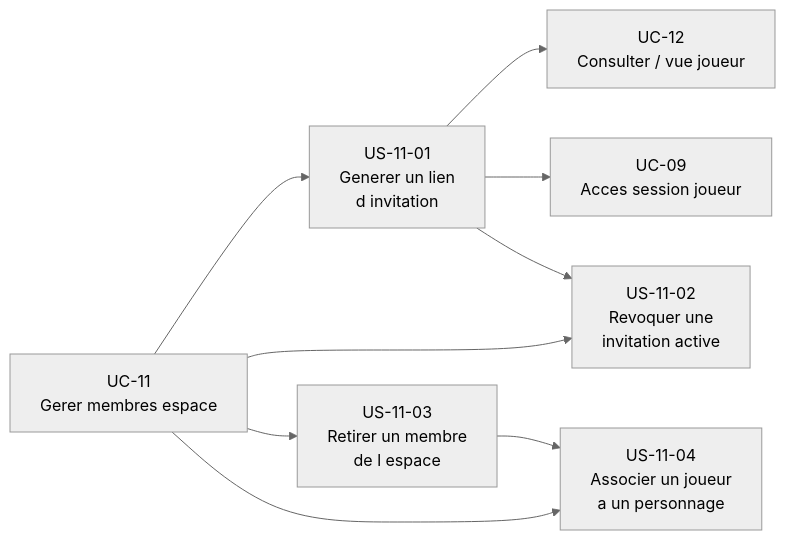
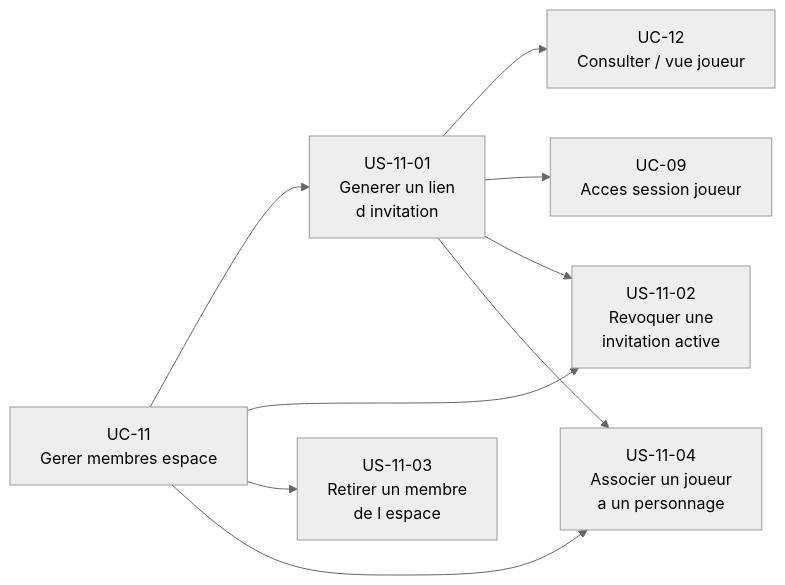
The second of 2 diagrams in docs/besoin/stories/US-UC-11-gerer-membres-espace-partage.md (2025-10-CDA-ECO-P6/PM-micro-saas), drawn with Mermaid (neutral theme) before and after one commit. The commit also changed 10 other files, not shown here.

First line of the commit message:
docs(stories): aligne les diagrammes des stories sur leurs règles et dépendances

````diff
--- a/docs/besoin/stories/US-UC-11-gerer-membres-espace-partage.md
+++ b/docs/besoin/stories/US-UC-11-gerer-membres-espace-partage.md
@@ -85,21 +85,21 @@
 ```mermaid
 flowchart LR
     US1101[US-11-01\nGenerer un lien\nd invitation]
     US1102[US-11-02\nRevoquer une\ninvitation active]
     US1103[US-11-03\nRetirer un membre\nde l espace]
     US1104[US-11-04\nAssocier un joueur\na un personnage]
 
     UC11[UC-11\nGerer membres espace]
     UC09[UC-09\nAcces session joueur]
     UC12[UC-12\nConsulter / vue joueur]
 
     UC11 --> US1101
     UC11 --> US1102
     UC11 --> US1103
     UC11 --> US1104
 
     US1101 --> UC12
     US1101 --> UC09
     US1101 --> US1102
-    US1103 --> US1104
+    US1101 --> US1104
 ```
````
